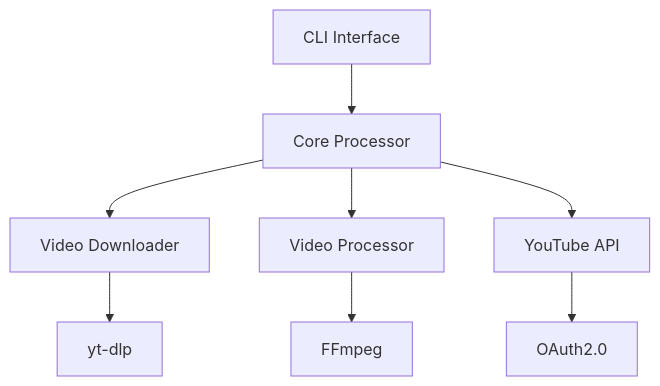
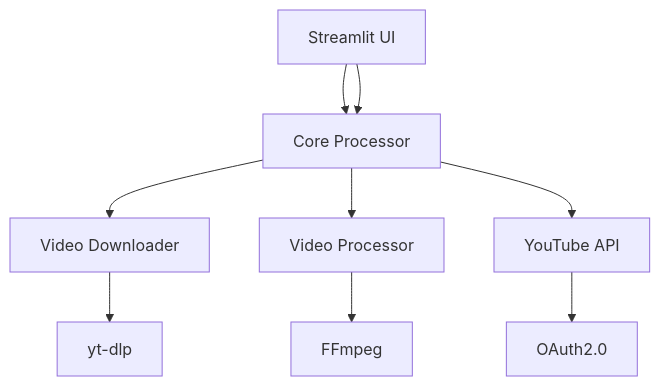
One commit to dasdatasensei/YouTubeVideoAutomation changed the diagram in docs/developer_guide.md. Above: the diagram before and after it, drawn with Mermaid. The commit also changed other lines of this file and 9 other files, not shown here.

````diff
--- a/docs/developer_guide.md
+++ b/docs/developer_guide.md
@@ -16,10 +18,11 @@
 ```mermaid
 graph TD
     A[CLI Interface] --> B[Core Processor]
+    A[Streamlit UI] --> B[Core Processor]
     B --> C[Video Downloader]
     B --> D[Video Processor]
     B --> E[YouTube API]
     C --> F[yt-dlp]
     D --> G[FFmpeg]
     E --> H[OAuth2.0]
 ```
````
